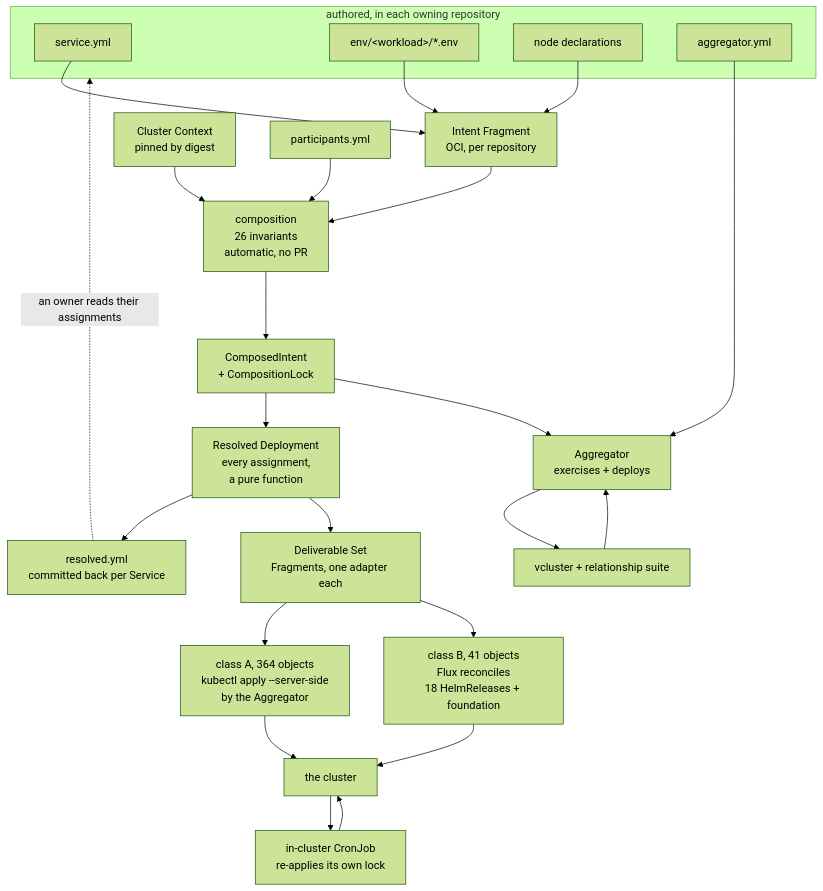
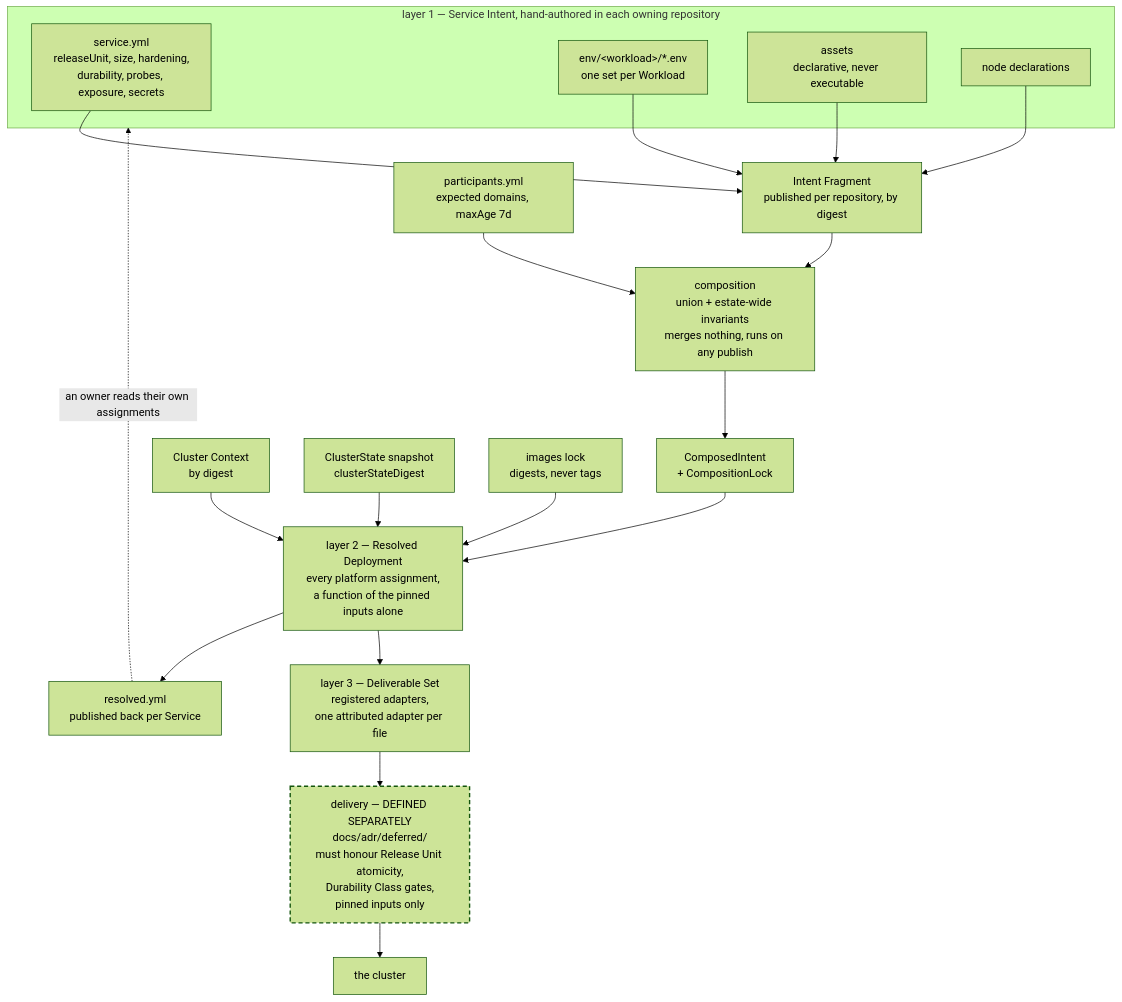
The diagram in spec/v1/00-overview.md (JorisJonkers-dev/deploy-config-schema), drawn with Mermaid (forest theme) before and after one commit. The commit also changed other lines of this file and 110 other files, not shown here.

````diff
--- a/spec/v1/00-overview.md
+++ b/spec/v1/00-overview.md
@@ -25,35 +108,34 @@
 ```mermaid
 flowchart TB
-    subgraph AUTH["authored, in each owning repository"]
-        a1["service.yml"]
-        a2["env/&lt;workload&gt;/*.env"]
-        a3["node declarations"]
-        a4["aggregator.yml"]
+    subgraph AUTH["layer 1 — Service Intent, hand-authored in each owning repository"]
+        a1["service.yml<br/>releaseUnit, size, hardening,<br/>durability, probes, exposure, secrets"]
+        a2["env/&lt;workload&gt;/*.env<br/>one set per Workload"]
+        a3["assets<br/>declarative, never executable"]
+        a4["node declarations"]
     end
 
-    a1 --> FR["Intent Fragment<br/>OCI, per repository"]
+    a1 --> FR["Intent Fragment<br/>published per repository, by digest"]
     a2 --> FR
     a3 --> FR
+    a4 --> FR
 
-    FR --> CO["composition<br/>26 invariants<br/>automatic, no PR"]
-    CTX["Cluster Context<br/>pinned by digest"] --> CO
-    PAR["participants.yml"] --> CO
+    FR --> CO["composition<br/>union + estate-wide invariants<br/>merges nothing, runs on any publish"]
+    PAR["participants.yml<br/>expected domains, maxAge 7d"] --> CO
+    CO --> CI["ComposedIntent<br/>+ CompositionLock"]
 
-    CO --> CI["ComposedIntent<br/>+ CompositionLock"]
-    CI --> RES["Resolved Deployment<br/>every assignment,<br/>a pure function"]
-    RES --> RS["resolved.yml<br/>committed back per Service"]
-    RES --> DS["Deliverable Set<br/>Fragments, one adapter each"]
+    CI --> RES["layer 2 — Resolved Deployment<br/>every platform assignment,<br/>a function of the pinned inputs alone"]
+    CTX["Cluster Context<br/>by digest"] --> RES
+    CS["ClusterState snapshot<br/>clusterStateDigest"] --> RES
+    IL["images lock<br/>digests, never tags"] --> RES
 
-    a4 --> AG["Aggregator<br/>exercises + deploys"]
-    CI --> AG
-    AG --> GATE["vcluster + relationship suite"]
-    GATE --> AG
+    RES --> RS["resolved.yml<br/>published back per Service"]
+    RES --> DS["layer 3 — Deliverable Set<br/>registered adapters,<br/>one attributed adapter per file"]
 
-    DS --> CA["class A, 364 objects<br/>kubectl apply --server-side<br/>by the Aggregator"]
-    DS --> CB["class B, 41 objects<br/>Flux reconciles<br/>18 HelmReleases + foundation"]
-    CA --> K["the cluster"]
-    CB --> K
-    K --> CRON["in-cluster CronJob<br/>re-applies its own lock"]
-    CRON --> K
-    RS -.->|"an owner reads their assignments"| AUTH
+    DS --> DEL["delivery — DEFINED SEPARATELY<br/>docs/adr/deferred/<br/>must honour Release Unit atomicity,<br/>Durability Class gates,<br/>pinned inputs only"]
+    DEL --> K["the cluster"]
+
+    RS -.->|"an owner reads their own assignments"| AUTH
+
+    classDef separate stroke-width:2px,stroke-dasharray:6 4;
+    class DEL separate;
 ```
````
